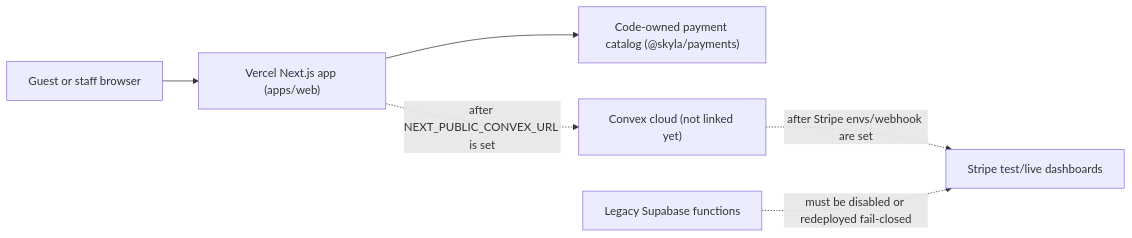
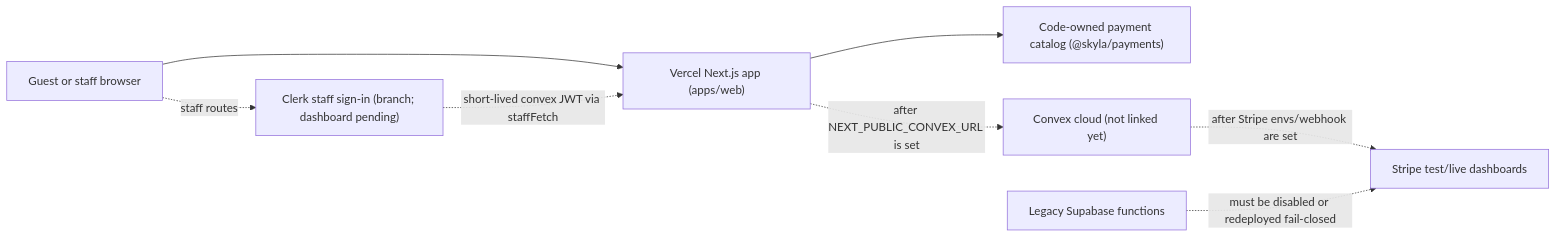
One commit to junyengit/skyla changed the diagram in docs/current-state-simple.md. Above: the diagram before and after it, drawn with Mermaid. The commit also changed other lines of this file and 34 other files, not shown here.

Commit message:
Add Clerk-backed staff authentication

````diff
--- a/docs/current-state-simple.md
+++ b/docs/current-state-simple.md
@@ -59,15 +67,18 @@
 ```mermaid
 flowchart LR
   browser["Guest or staff browser"]
+  clerk["Clerk staff sign-in (branch; dashboard pending)"]
   next["Vercel Next.js app (apps/web)"]
   catalog["Code-owned payment catalog (@skyla/payments)"]
   convex["Convex cloud (not linked yet)"]
   stripe["Stripe test/live dashboards"]
   supabase["Legacy Supabase functions"]
 
   browser --> next
+  browser -. "staff routes" .-> clerk
+  clerk -. "short-lived convex JWT via staffFetch" .-> next
   next --> catalog
   next -. "after NEXT_PUBLIC_CONVEX_URL is set" .-> convex
   convex -. "after Stripe envs/webhook are set" .-> stripe
   supabase -. "must be disabled or redeployed fail-closed" .-> stripe
 ```
````
